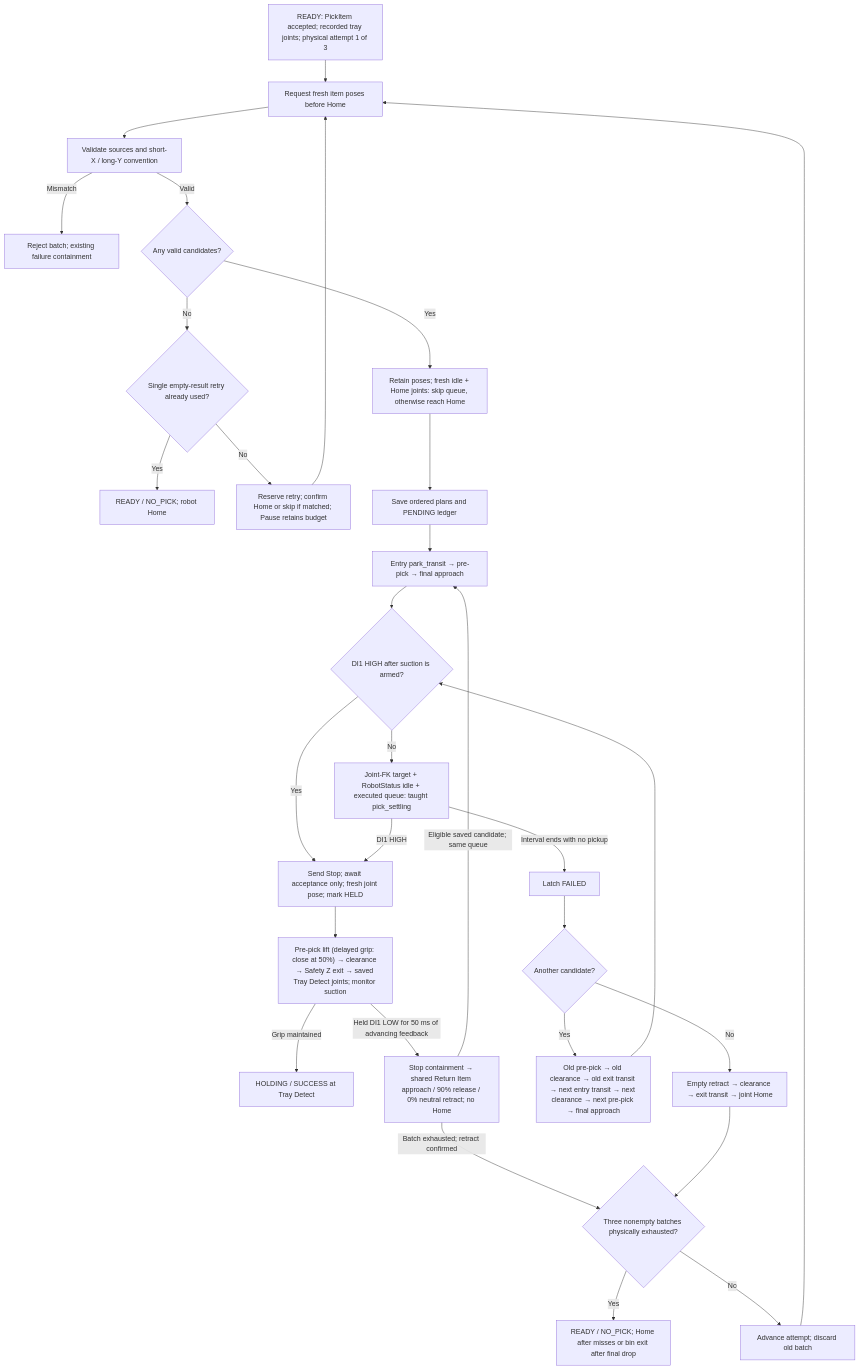
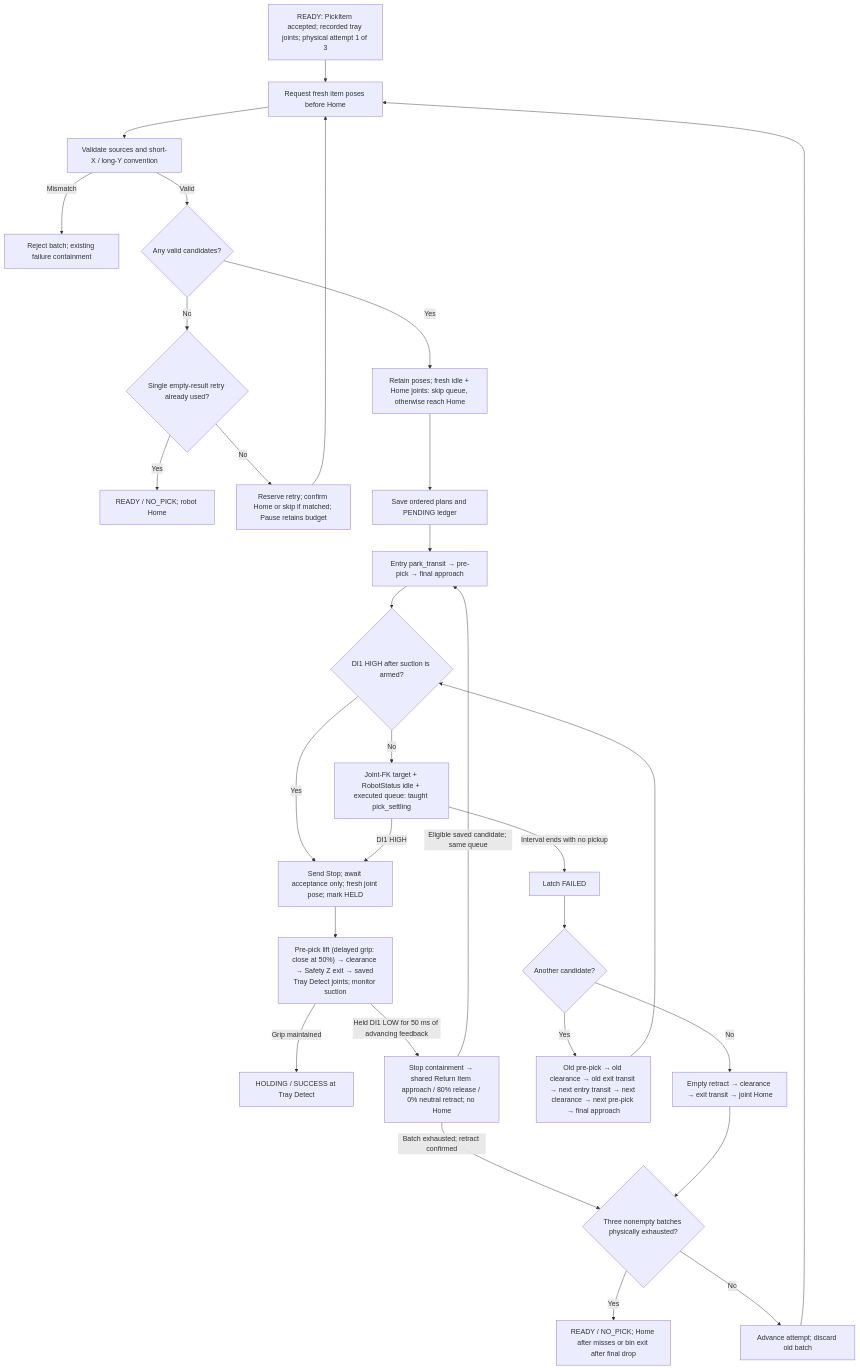
The third of 9 diagrams in docs/ROBOT_CONTROLLER_FSM.md (esgange/dobot_picknplace_yolo), drawn with Mermaid before and after one commit. The commit also changed other lines of this file and 15 other files, not shown here.

````diff
--- a/docs/ROBOT_CONTROLLER_FSM.md
+++ b/docs/ROBOT_CONTROLLER_FSM.md
@@ -530,33 +538,33 @@
 ```mermaid
 flowchart TD
     Request["READY: PickItem accepted; recorded tray joints; physical attempt 1 of 3"] --> Detect["Request fresh item poses before Home"]
     Detect --> Validate["Validate sources and short-X / long-Y convention"]
     Validate -->|Mismatch| Reject["Reject batch; existing failure containment"]
     Validate -->|Valid| Any{"Any valid candidates?"}
     Any -->|No| EmptyBudget{"Single empty-result retry already used?"}
     EmptyBudget -->|Yes| Empty["READY / NO_PICK; robot Home"]
     EmptyBudget -->|No| RetryHome["Reserve retry; confirm Home or skip if matched; Pause retains budget"]
     RetryHome --> Detect
     Limit{"Three nonempty batches physically exhausted?"}
     Limit -->|Yes| NoPick["READY / NO_PICK; Home after misses or bin exit after final drop"]
     Limit -->|No| Next["Advance attempt; discard old batch"]
     Next --> Detect
     Any -->|Yes| Home["Retain poses; fresh idle + Home joints: skip queue, otherwise reach Home"]
     Home --> Plan["Save ordered plans and PENDING ledger"]
     Plan --> Entry["Entry park_transit → pre-pick → final approach"]
     Entry --> Sense{"DI1 HIGH after suction is armed?"}
     Sense -->|Yes| Acquire["Send Stop; await acceptance only; fresh joint pose; mark HELD"]
     Sense -->|No| Settle["Joint-FK target + RobotStatus idle + executed queue: taught pick_settling"]
     Settle -->|DI1 HIGH| Acquire
     Settle -->|Interval ends with no pickup| Miss["Latch FAILED"]
     Acquire --> HeldReturn["Pre-pick lift (delayed grip: close at 50%) → clearance → Safety Z exit → saved Tray Detect joints; monitor suction"]
     HeldReturn -->|Grip maintained| Success["HOLDING / SUCCESS at Tray Detect"]
-    HeldReturn -->|Held DI1 LOW for 50 ms of advancing feedback| PutBack["Stop containment → shared Return Item approach / 90% release / 0% neutral retract; no Home"]
+    HeldReturn -->|Held DI1 LOW for 50 ms of advancing feedback| PutBack["Stop containment → shared Return Item approach / 80% release / 0% neutral retract; no Home"]
     PutBack -->|Eligible saved candidate; same queue| Entry
     PutBack -->|Batch exhausted; retract confirmed| Limit
     Miss --> More{"Another candidate?"}
     More -->|Yes| Retry["Old pre-pick → old clearance → old exit transit → next entry transit → next clearance → next pre-pick → final approach"]
     Retry --> Sense
     More -->|No| Exhausted["Empty retract → clearance → exit transit → joint Home"]
     Exhausted --> Limit
 ```
````
